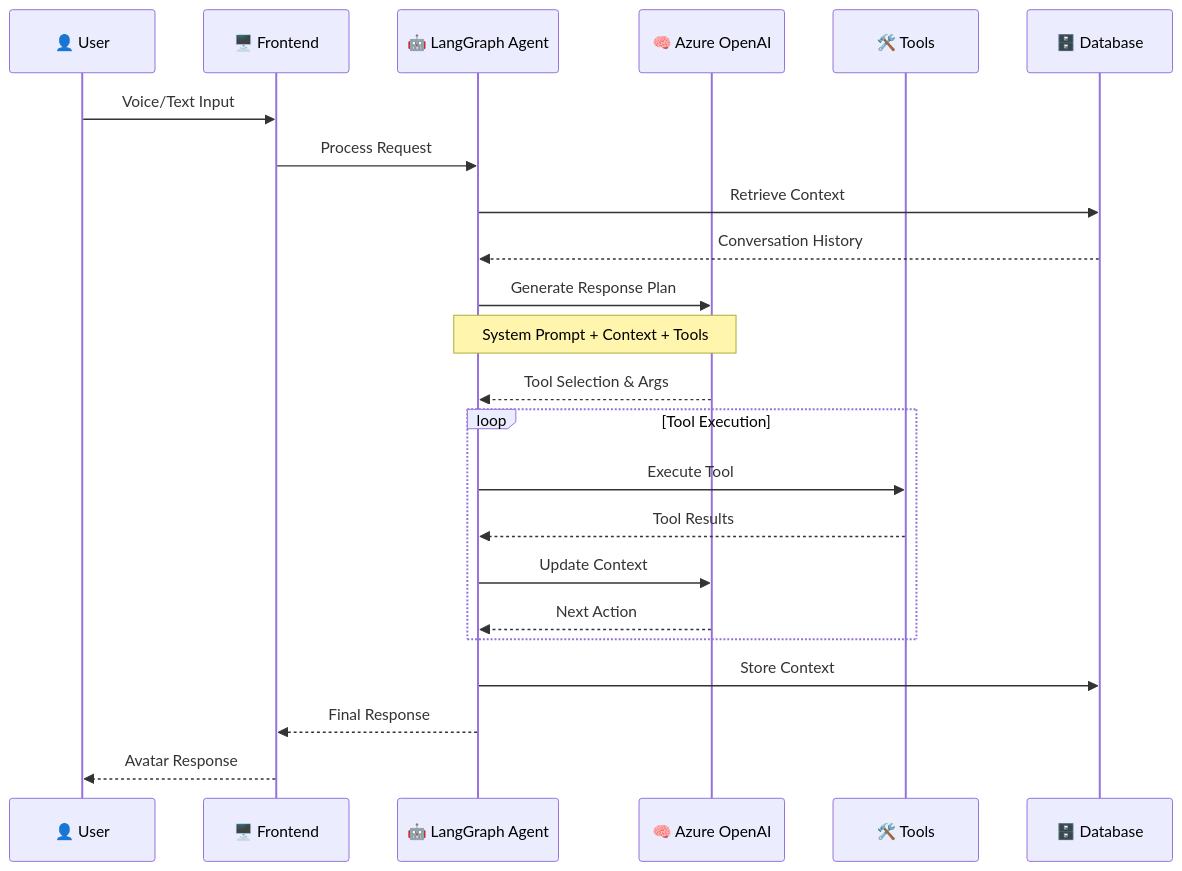
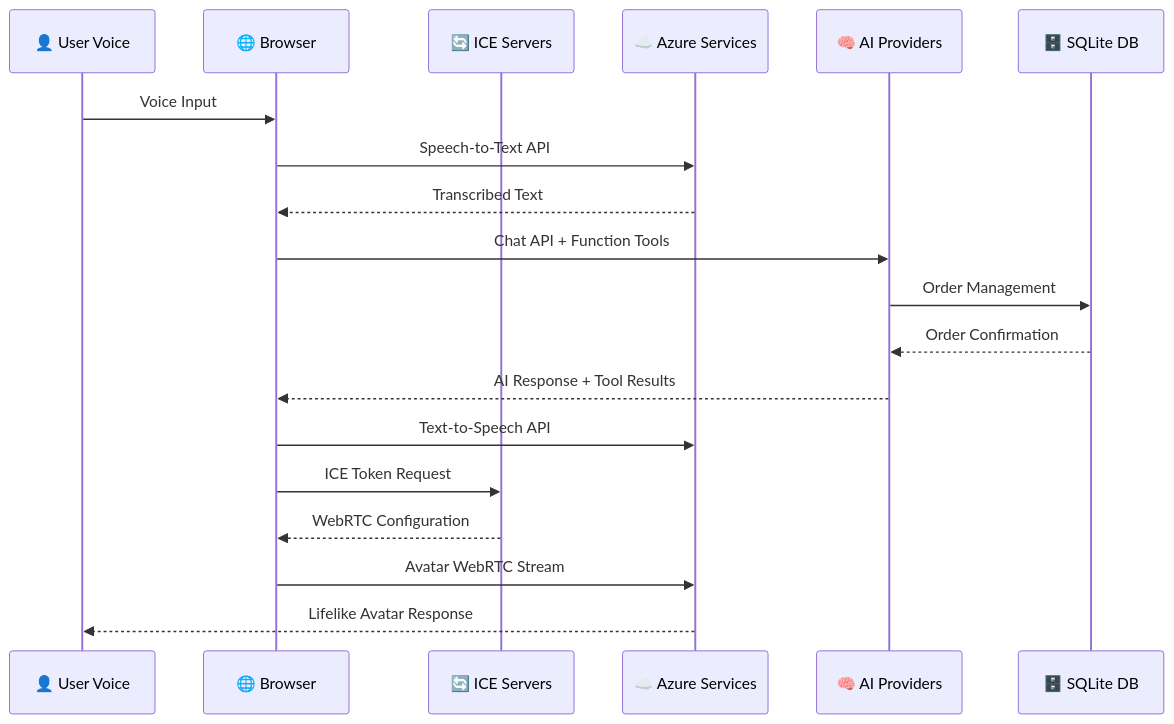
The second of 2 diagrams in README.md (deepakkamboj/hackathon2025-ai-powered-avatar), drawn with Mermaid before and after one commit. The commit also changed other lines of this file and 105 other files, not shown here.

````diff
--- a/README.md
+++ b/README.md
@@ -195,31 +379,22 @@
 ```mermaid
 sequenceDiagram
-    participant User as 👤 User
-    participant Frontend as 🖥️ Frontend
-    participant Agent as 🤖 LangGraph Agent
-    participant LLM as 🧠 Azure OpenAI
-    participant Tools as 🛠️ Tools
-    participant DB as 🗄️ Database
+    participant User as 👤 User Voice
+    participant Browser as 🌐 Browser
+    participant ICE as 🔄 ICE Servers
+    participant Azure as ☁️ Azure Services
+    participant AI as 🧠 AI Providers
+    participant DB as 🗄️ SQLite DB
 
-    User->>Frontend: Voice/Text Input
-    Frontend->>Agent: Process Request
-
-    Agent->>DB: Retrieve Context
-    DB-->>Agent: Conversation History
-
-    Agent->>LLM: Generate Response Plan
-    Note over Agent,LLM: System Prompt + Context + Tools
-
-    LLM-->>Agent: Tool Selection & Args
-
-    loop Tool Execution
-        Agent->>Tools: Execute Tool
-        Tools-->>Agent: Tool Results
-        Agent->>LLM: Update Context
-        LLM-->>Agent: Next Action
-    end
-
-    Agent->>DB: Store Context
-    Agent-->>Frontend: Final Response
-    Frontend-->>User: Avatar Response
+    User->>Browser: Voice Input
+    Browser->>Azure: Speech-to-Text API
+    Azure-->>Browser: Transcribed Text
+    Browser->>AI: Chat API + Function Tools
+    AI->>DB: Order Management
+    DB-->>AI: Order Confirmation
+    AI-->>Browser: AI Response + Tool Results
+    Browser->>Azure: Text-to-Speech API
+    Browser->>ICE: ICE Token Request
+    ICE-->>Browser: WebRTC Configuration
+    Browser->>Azure: Avatar WebRTC Stream
+    Azure-->>User: Lifelike Avatar Response
 ```
````
